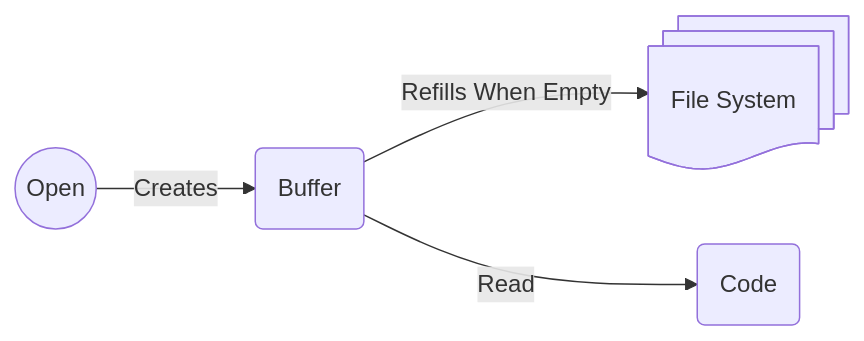
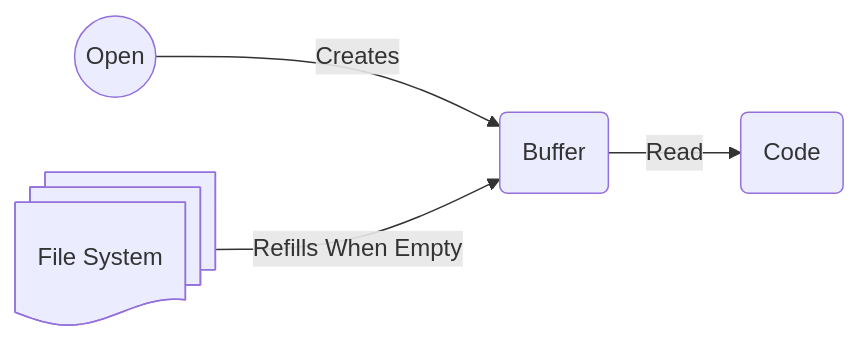
Before and after one commit to andrew-pyle/HU-COMP-1510: the fifth of 6 diagrams in files.md, drawn with Mermaid.

Commit message:
Change arrow direction

````diff
--- a/files.md
+++ b/files.md
@@ -412,11 +412,11 @@
 ```mermaid
 flowchart LR
 
 F@{shape: docs, label: File System}
 A(Code)
 B(Buffer)
 O((Open))
 O-- Creates -->B
-B-- Refills When Empty -->F
+F-- Refills When Empty -->B
 B-- Read -->A
 ```
````
